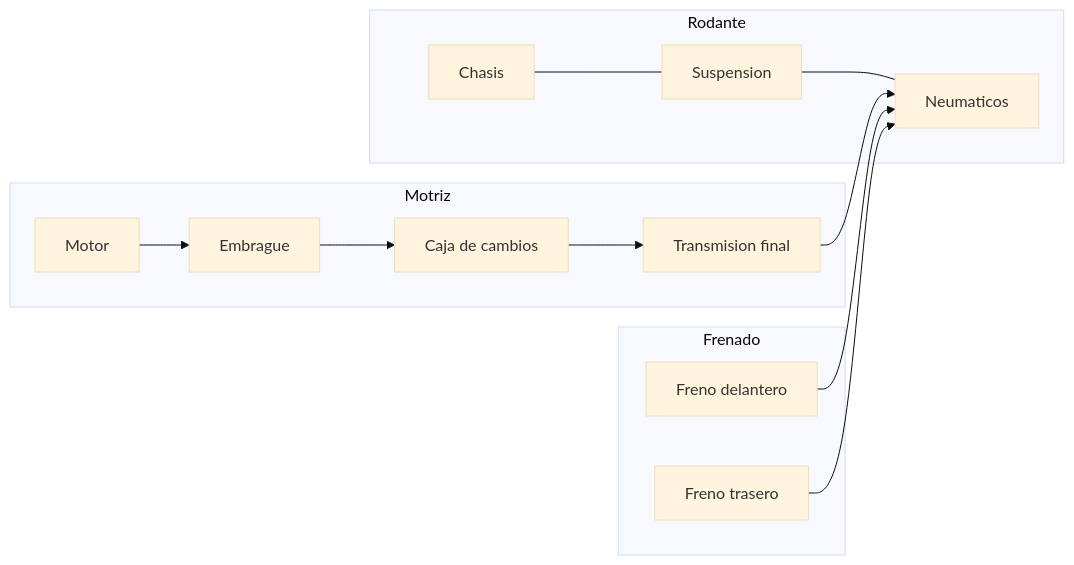
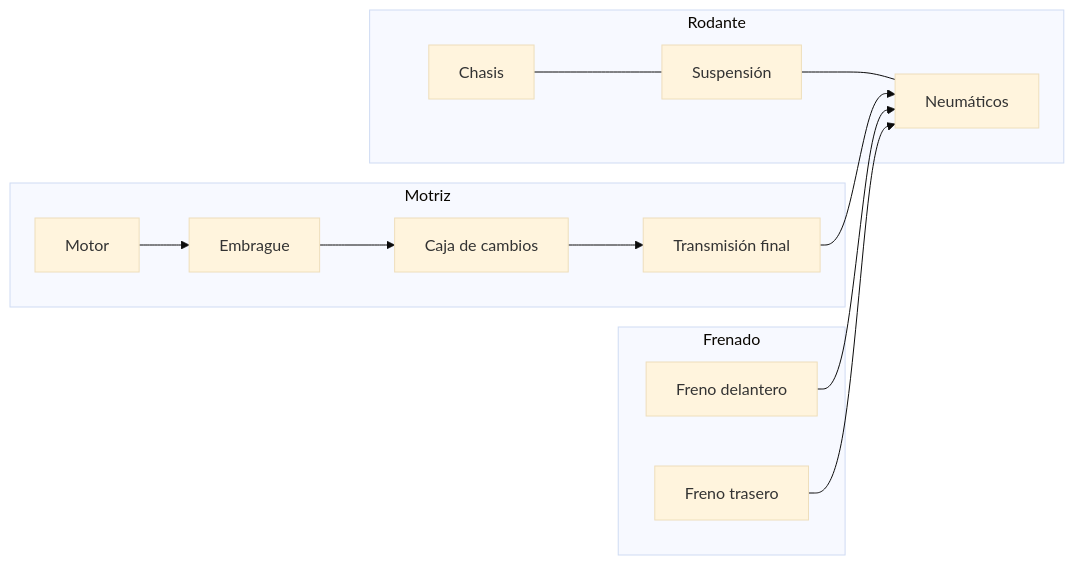
One commit to vladimiracunadev-create/machine-operator-program changed the first of 4 diagrams in vehiculos/motos/operacion/sistemas-mecanicos-moto.md. Above: the diagram before and after it, drawn with Mermaid (base theme). The commit also changed other lines of this file and 442 other files, not shown here.

````diff
--- a/vehiculos/motos/operacion/sistemas-mecanicos-moto.md
+++ b/vehiculos/motos/operacion/sistemas-mecanicos-moto.md
@@ -9,17 +9,17 @@
 ```mermaid
 flowchart LR
     subgraph Motriz
-        M[Motor] --> E[Embrague] --> C[Caja de cambios] --> T[Transmision final]
+        M[Motor] --> E[Embrague] --> C[Caja de cambios] --> T[Transmisión final]
     end
     subgraph Rodante
-        Ch[Chasis] --- Su[Suspension]
-        Su --- N[Neumaticos]
+        Ch[Chasis] --- Su[Suspensión]
+        Su --- N[Neumáticos]
     end
     subgraph Frenado
         Fd[Freno delantero]
         Ft[Freno trasero]
     end
     T --> N
     Fd --> N
     Ft --> N
 ```
````
